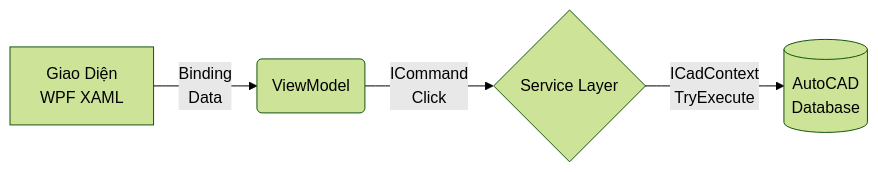
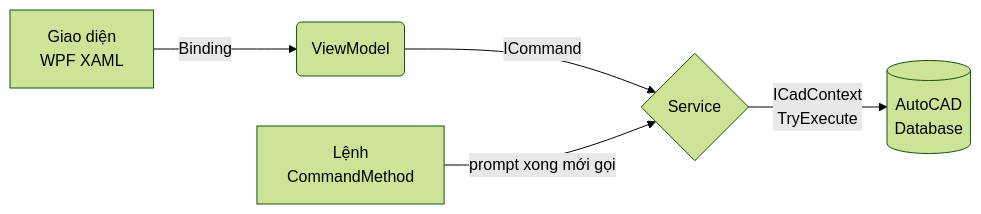
The diagram in docs/reference/R01_QUICKSTART.md (Tmphi/CadCoreFramework), drawn with Mermaid (forest theme) before and after one commit. The commit also changed other lines of this file and 32 other files, not shown here.

````diff
--- a/docs/reference/R01_QUICKSTART.md
+++ b/docs/reference/R01_QUICKSTART.md
@@ -68,6 +114,7 @@
 ```mermaid
 flowchart LR
-    UI[Giao Diện\nWPF XAML] -->|Binding\nData| VM(ViewModel)
-    VM -->|ICommand\nClick| Svc{Service Layer}
+    UI[Giao diện\nWPF XAML] -->|Binding| VM(ViewModel)
+    VM -->|ICommand| Svc{Service}
+    Cmd[Lệnh\nCommandMethod] -->|prompt xong mới gọi| Svc
     Svc -->|ICadContext\nTryExecute| CAD[(AutoCAD\nDatabase)]
 ```
````
